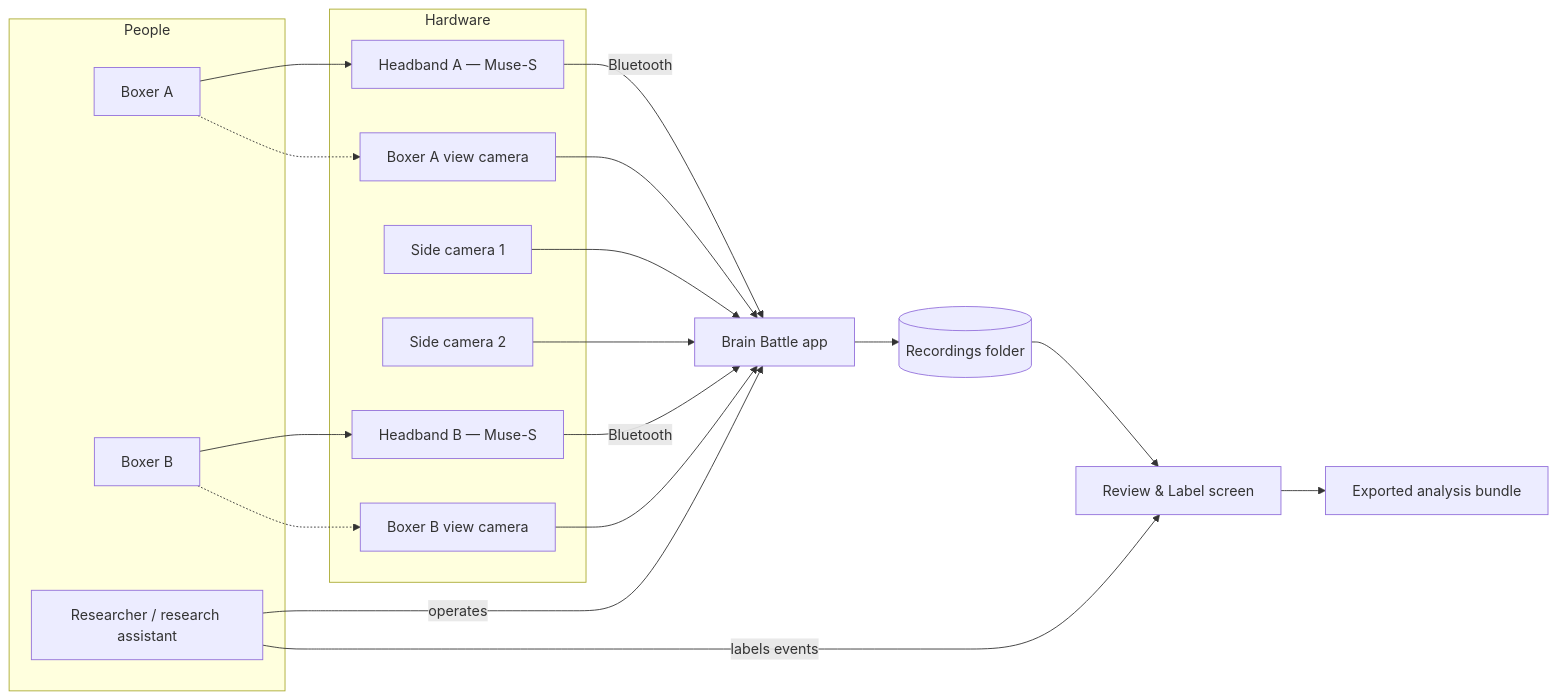
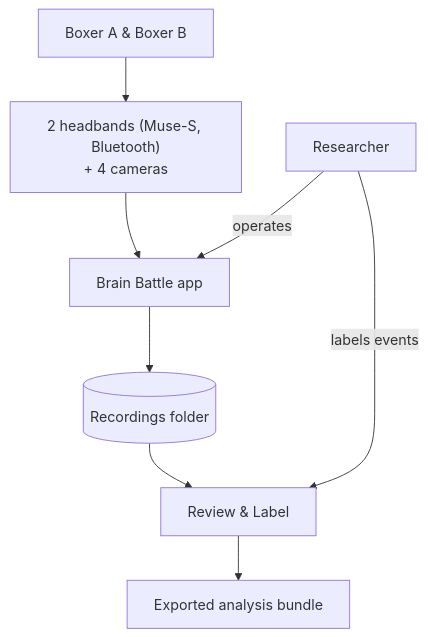
One commit to mohammadabdullahkhurram/Brain-Battle-Phase-3 changed the diagram in docs/diagrams/context.mmd. Above: the diagram before and after it, drawn with Mermaid. The commit also changed 7 other files, not shown here.

First line of the commit message:
Docs diagrams: narrow layout + 16px font so labels stay readable

```diff
--- a/docs/diagrams/context.mmd
+++ b/docs/diagrams/context.mmd
@@ -1,34 +1,17 @@
-flowchart LR
-    subgraph People["People"]
-        A["Boxer A"]
-        B["Boxer B"]
-        R["Researcher / research assistant"]
-    end
-    subgraph Hardware["Hardware"]
-        HB1["Headband A — Muse-S"]
-        HB2["Headband B — Muse-S"]
-        C1["Side camera 1"]
-        C2["Side camera 2"]
-        C3["Boxer A view camera"]
-        C4["Boxer B view camera"]
-    end
+%%{init: {'themeVariables': {'fontSize': '16px'}}}%%
+flowchart TB
+    Boxers["Boxer A &amp; Boxer B"]
+    HW["2 headbands (Muse-S, Bluetooth)<br/>+ 4 cameras"]
     APP["Brain Battle app"]
     F[("Recordings folder")]
-    REV["Review & Label screen"]
+    REV["Review &amp; Label"]
     OUT["Exported analysis bundle"]
+    R["Researcher"]
 
-    A --> HB1
-    B --> HB2
-    A -.-> C3
-    B -.-> C4
-    C1 --> APP
-    C2 --> APP
-    C3 --> APP
-    C4 --> APP
-    HB1 -- Bluetooth --> APP
-    HB2 -- Bluetooth --> APP
-    R -- operates --> APP
+    Boxers --> HW
+    HW --> APP
     APP --> F
     F --> REV
+    REV --> OUT
+    R -- operates --> APP
     R -- labels events --> REV
-    REV --> OUT
```
